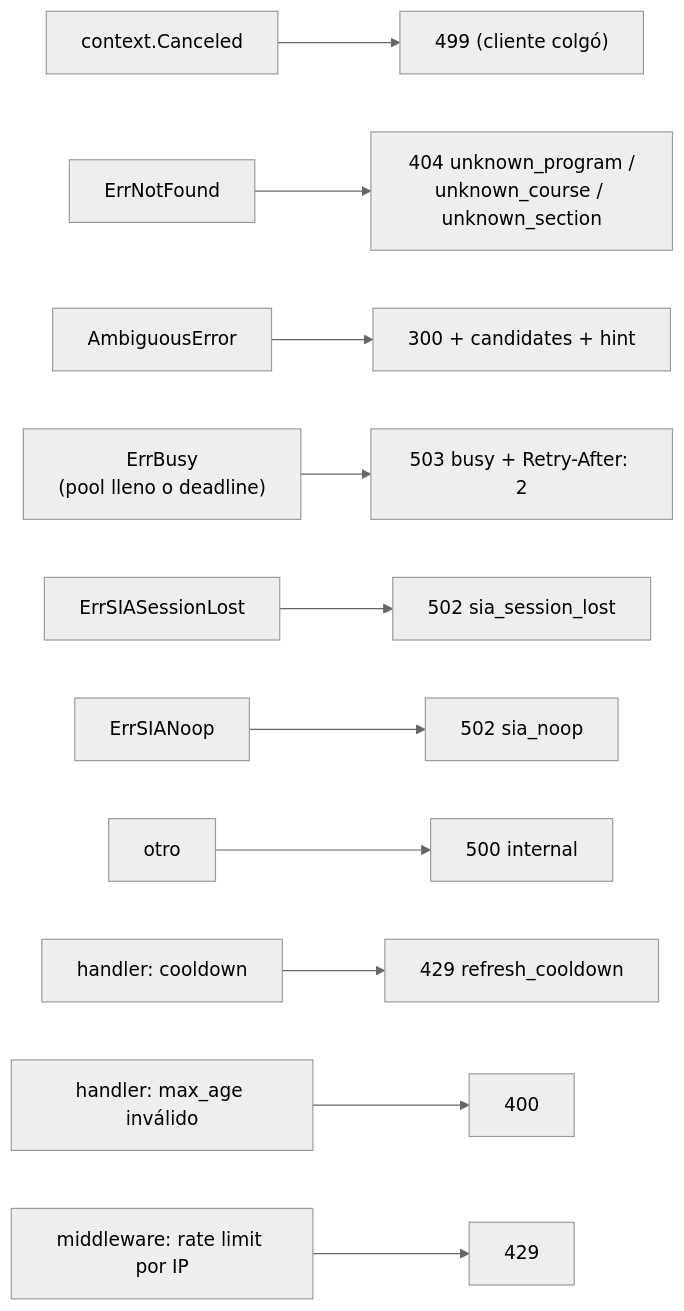
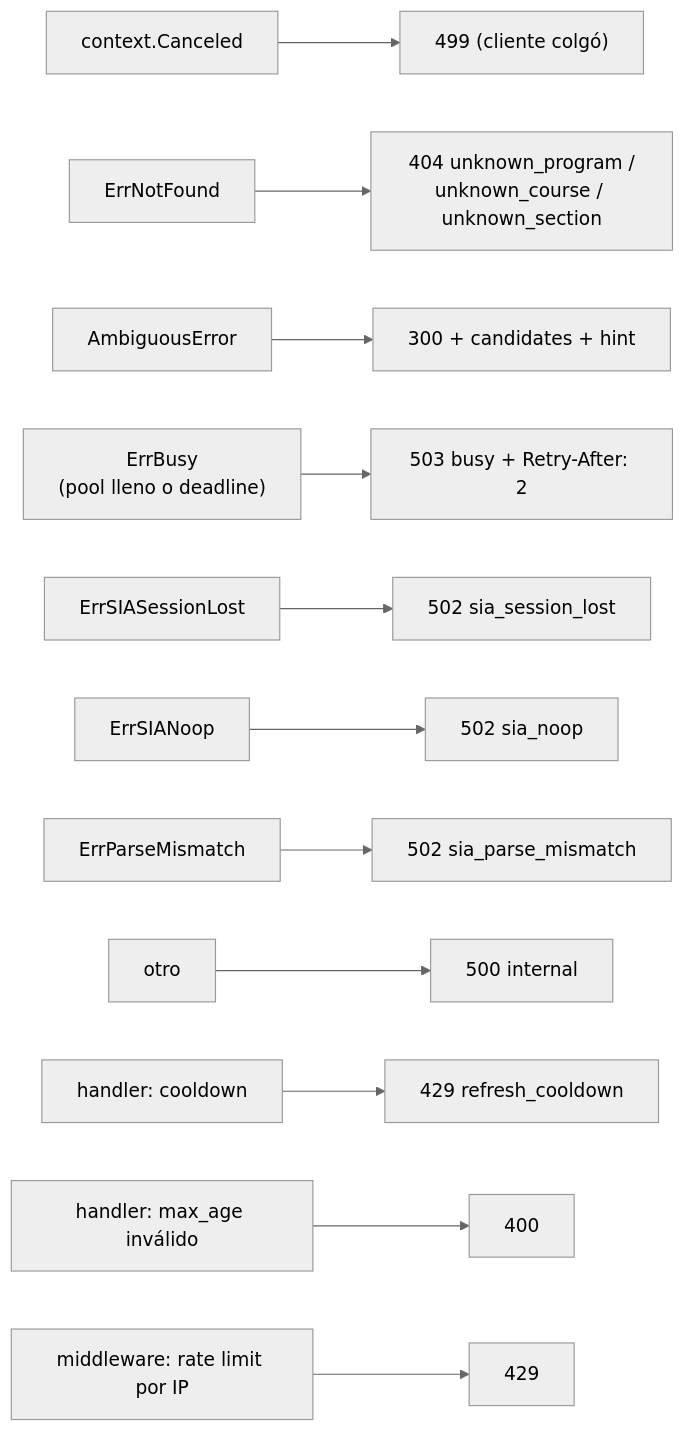
One commit to gabotachak/sia-unal-bridge changed diagram 17 of 20 in docs/DIAGRAMS.md. Above: the diagram before and after it, drawn with Mermaid (neutral theme). The commit also changed 4 other files, not shown here.

First line of the commit message:
fix: un detalle del SIA que no cuadra responde 502 sia_parse_mismatch, no 500

````diff
--- a/docs/DIAGRAMS.md
+++ b/docs/DIAGRAMS.md
@@ -647,13 +647,14 @@
 ```mermaid
 flowchart LR
     e1["context.Canceled"] --> s499["499 (cliente colgó)"]
     e2["ErrNotFound"] --> s404["404 unknown_program /<br/>unknown_course / unknown_section"]
     e3["AmbiguousError"] --> s300["300 + candidates + hint"]
     e4["ErrBusy<br/>(pool lleno o deadline)"] --> s503["503 busy + Retry-After: 2"]
     e5["ErrSIASessionLost"] --> s502a["502 sia_session_lost"]
     e6["ErrSIANoop"] --> s502b["502 sia_noop"]
+    e8["ErrParseMismatch"] --> s502c["502 sia_parse_mismatch"]
     e7["otro"] --> s500["500 internal"]
     h1["handler: cooldown"] --> s429["429 refresh_cooldown"]
     h2["handler: max_age inválido"] --> s400["400"]
     h3["middleware: rate limit por IP"] --> s429b["429"]
 ```
````
